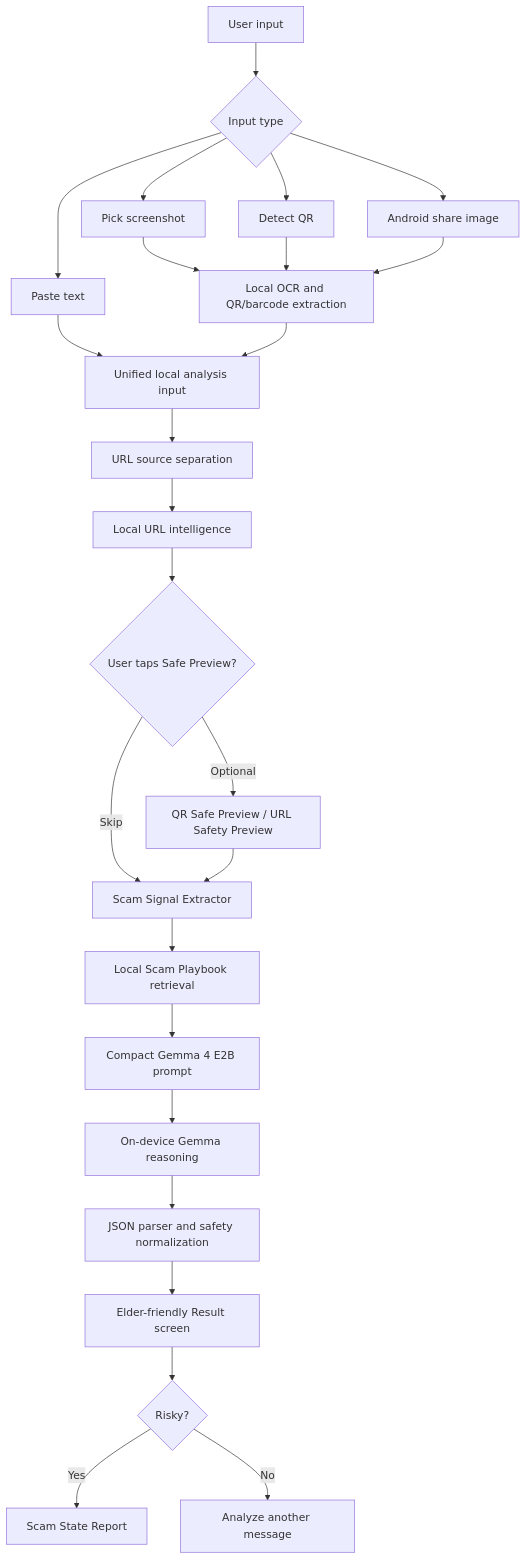
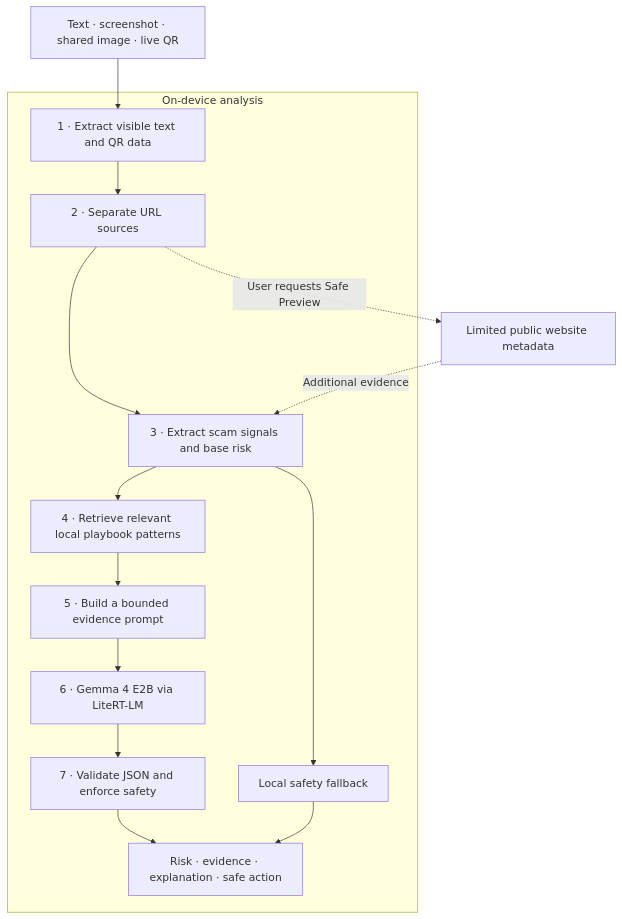
Before and after one commit to DiloJan-26/TrustShield-AI: the first of 2 diagrams in README.md, drawn with Mermaid. The commit also changed other lines of this file and 1 other file, not shown here.

````diff
--- a/README.md
+++ b/README.md
@@ -53,30 +23,17 @@
 ```mermaid
 flowchart TD
-    A[User input] --> B{Input type}
-    B --> C[Paste text]
-    B --> D[Pick screenshot]
-    B --> E[Detect QR]
-    B --> F[Android share image]
-
-    C --> G[Unified local analysis input]
-    D --> H[Local OCR and QR/barcode extraction]
-    E --> H
-    F --> H
-    H --> G
-
-    G --> I[URL source separation]
-    I --> J[Local URL intelligence]
-    J --> K{User taps Safe Preview?}
-    K -->|Optional| L[QR Safe Preview / URL Safety Preview]
-    K -->|Skip| M[Scam Signal Extractor]
-    L --> M
-
-    M --> N[Local Scam Playbook retrieval]
-    N --> O[Compact Gemma 4 E2B prompt]
-    O --> P[On-device Gemma reasoning]
-    P --> Q[JSON parser and safety normalization]
-    Q --> R[Elder-friendly Result screen]
-    R --> S{Risky?}
-    S -->|Yes| T[Scam State Report]
-    S -->|No| U[Analyze another message]
+    A["Text · screenshot · shared image · live QR"] --> B
+    subgraph Local["On-device analysis"]
+        B["1 · Extract visible text and QR data"] --> C["2 · Separate URL sources"]
+        C --> D["3 · Extract scam signals and base risk"]
+        D --> E["4 · Retrieve relevant local playbook patterns"]
+        E --> F["5 · Build a bounded evidence prompt"]
+        F --> G["6 · Gemma 4 E2B via LiteRT-LM"]
+        G --> H["7 · Validate JSON and enforce safety"]
+        D --> J["Local safety fallback"]
+        H --> I["Risk · evidence · explanation · safe action"]
+        J --> I
+    end
+    C -. "User requests Safe Preview" .-> P["Limited public website metadata"]
+    P -. "Additional evidence" .-> D
 ```
````
